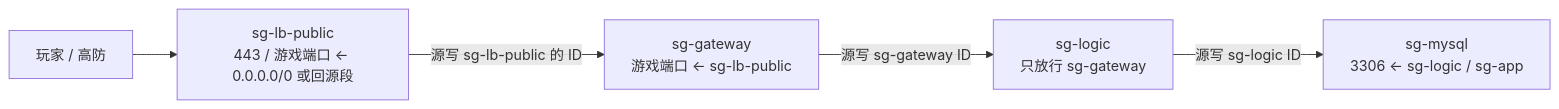
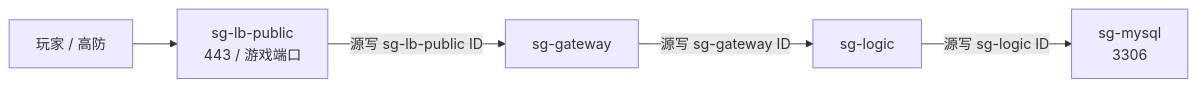
Before and after one commit to ml-cuizijun/LearnToLilith: the fifth of 11 diagrams in 06-云平台/01-云网络与安全/知识点.md, drawn with Mermaid. The commit also changed other lines of this file and 178 other files, not shown here.

````diff
--- a/06-云平台/01-云网络与安全/知识点.md
+++ b/06-云平台/01-云网络与安全/知识点.md
@@ -172,7 +175,7 @@
 ```mermaid
 flowchart LR
-    PLAYER["玩家 / 高防"] --> SGLB["sg-lb-public<br/>443 / 游戏端口 ← 0.0.0.0/0 或回源段"]
-    SGLB -->|"源写 sg-lb-public 的 ID"| SGGW["sg-gateway<br/>游戏端口 ← sg-lb-public"]
-    SGGW -->|"源写 sg-gateway ID"| SGLOGIC["sg-logic<br/>只放行 sg-gateway"]
-    SGLOGIC -->|"源写 sg-logic ID"| SGDB["sg-mysql<br/>3306 ← sg-logic / sg-app"]
+    PLAYER["玩家 / 高防"] --> SGLB["sg-lb-public<br/>443 / 游戏端口"]
+    SGLB -->|"源写 sg-lb-public ID"| SGGW["sg-gateway"]
+    SGGW -->|"源写 sg-gateway ID"| SGLOGIC["sg-logic"]
+    SGLOGIC -->|"源写 sg-logic ID"| SGDB["sg-mysql<br/>3306"]
 ```
````
